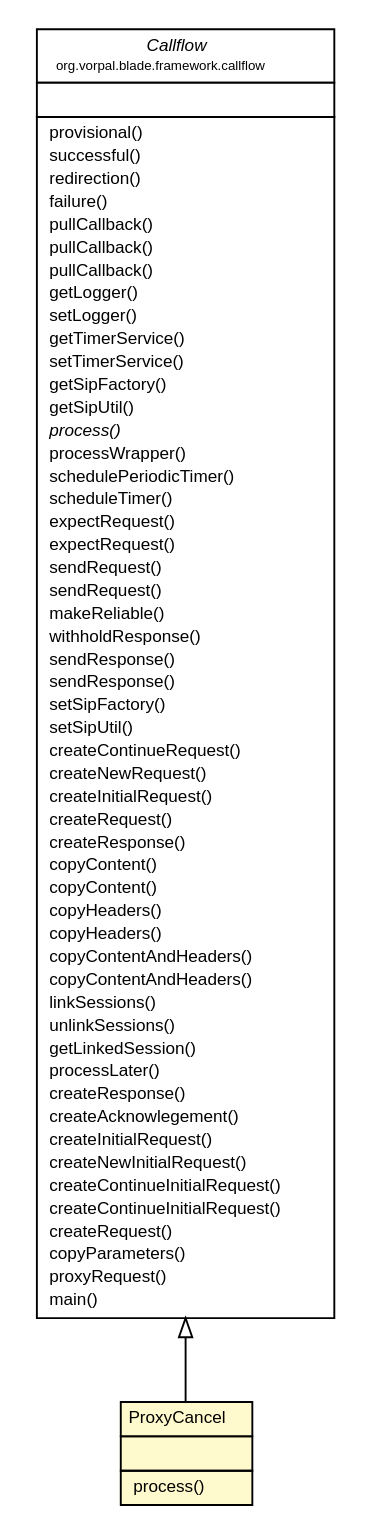
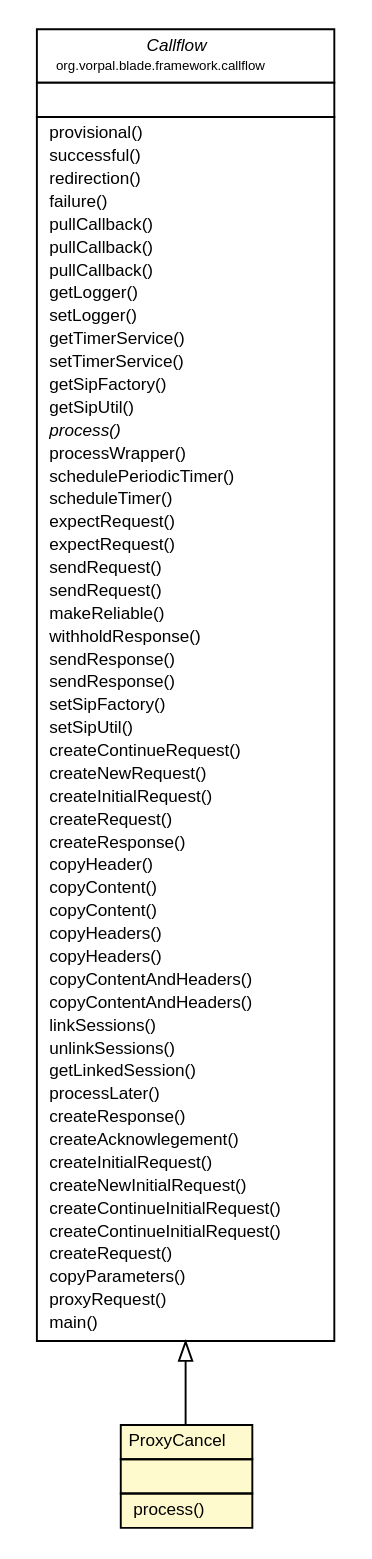
The diagram in blade/vorpal-blade-library-framework/org/vorpal/blade/framework/deprecated/proxy/ProxyCancel.dot (vorpalnet/vorpalnet.github.io), drawn with Graphviz before and after one commit. The commit also changed 915 other files, not shown here.

```diff
--- a/blade/vorpal-blade-library-framework/org/vorpal/blade/framework/deprecated/proxy/ProxyCancel.dot
+++ b/blade/vorpal-blade-library-framework/org/vorpal/blade/framework/deprecated/proxy/ProxyCancel.dot
@@ -1,90 +1,91 @@
 #!/usr/local/bin/dot
 #
 # Class diagram 
 # Generated by UMLGraph version 5.2 (http://www.umlgraph.org/)
 #
 
 digraph G {
 	edge [fontname="Helvetica",fontsize=10,labelfontname="Helvetica",labelfontsize=10];
 	node [fontname="Helvetica",fontsize=10,shape=plaintext];
 	nodesep=0.25;
 	ranksep=0.5;
 	// org.vorpal.blade.framework.callflow.Callflow
-	c3659 [label=<<table title="org.vorpal.blade.framework.callflow.Callflow" border="0" cellborder="1" cellspacing="0" cellpadding="2" port="p" href="../../callflow/Callflow.html">
+	c3713 [label=<<table title="org.vorpal.blade.framework.callflow.Callflow" border="0" cellborder="1" cellspacing="0" cellpadding="2" port="p" href="../../callflow/Callflow.html">
 		<tr><td><table border="0" cellspacing="0" cellpadding="1">
 <tr><td align="center" balign="center"><font face="Helvetica-Oblique"> Callflow </font></td></tr>
 <tr><td align="center" balign="center"><font point-size="7.0"> org.vorpal.blade.framework.callflow </font></td></tr>
 		</table></td></tr>
 		<tr><td><table border="0" cellspacing="0" cellpadding="1">
 <tr><td align="left" balign="left">  </td></tr>
 		</table></td></tr>
 		<tr><td><table border="0" cellspacing="0" cellpadding="1">
 <tr><td align="left" balign="left">  provisional() </td></tr>
 <tr><td align="left" balign="left">  successful() </td></tr>
 <tr><td align="left" balign="left">  redirection() </td></tr>
 <tr><td align="left" balign="left">  failure() </td></tr>
 <tr><td align="left" balign="left">  pullCallback() </td></tr>
 <tr><td align="left" balign="left">  pullCallback() </td></tr>
 <tr><td align="left" balign="left">  pullCallback() </td></tr>
 <tr><td align="left" balign="left">  getLogger() </td></tr>
 <tr><td align="left" balign="left">  setLogger() </td></tr>
 <tr><td align="left" balign="left">  getTimerService() </td></tr>
 <tr><td align="left" balign="left">  setTimerService() </td></tr>
 <tr><td align="left" balign="left">  getSipFactory() </td></tr>
 <tr><td align="left" balign="left">  getSipUtil() </td></tr>
 <tr><td align="left" balign="left"><font face="Helvetica-Oblique" point-size="9.0">  process() </font></td></tr>
 <tr><td align="left" balign="left">  processWrapper() </td></tr>
 <tr><td align="left" balign="left">  schedulePeriodicTimer() </td></tr>
 <tr><td align="left" balign="left">  scheduleTimer() </td></tr>
 <tr><td align="left" balign="left">  expectRequest() </td></tr>
 <tr><td align="left" balign="left">  expectRequest() </td></tr>
 <tr><td align="left" balign="left">  sendRequest() </td></tr>
 <tr><td align="left" balign="left">  sendRequest() </td></tr>
 <tr><td align="left" balign="left">  makeReliable() </td></tr>
 <tr><td align="left" balign="left">  withholdResponse() </td></tr>
 <tr><td align="left" balign="left">  sendResponse() </td></tr>
 <tr><td align="left" balign="left">  sendResponse() </td></tr>
 <tr><td align="left" balign="left">  setSipFactory() </td></tr>
 <tr><td align="left" balign="left">  setSipUtil() </td></tr>
 <tr><td align="left" balign="left">  createContinueRequest() </td></tr>
 <tr><td align="left" balign="left">  createNewRequest() </td></tr>
 <tr><td align="left" balign="left">  createInitialRequest() </td></tr>
 <tr><td align="left" balign="left">  createRequest() </td></tr>
 <tr><td align="left" balign="left">  createResponse() </td></tr>
+<tr><td align="left" balign="left">  copyHeader() </td></tr>
 <tr><td align="left" balign="left">  copyContent() </td></tr>
 <tr><td align="left" balign="left">  copyContent() </td></tr>
 <tr><td align="left" balign="left">  copyHeaders() </td></tr>
 <tr><td align="left" balign="left">  copyHeaders() </td></tr>
 <tr><td align="left" balign="left">  copyContentAndHeaders() </td></tr>
 <tr><td align="left" balign="left">  copyContentAndHeaders() </td></tr>
 <tr><td align="left" balign="left">  linkSessions() </td></tr>
 <tr><td align="left" balign="left">  unlinkSessions() </td></tr>
 <tr><td align="left" balign="left">  getLinkedSession() </td></tr>
 <tr><td align="left" balign="left">  processLater() </td></tr>
 <tr><td align="left" balign="left">  createResponse() </td></tr>
 <tr><td align="left" balign="left">  createAcknowlegement() </td></tr>
 <tr><td align="left" balign="left">  createInitialRequest() </td></tr>
 <tr><td align="left" balign="left">  createNewInitialRequest() </td></tr>
 <tr><td align="left" balign="left">  createContinueInitialRequest() </td></tr>
 <tr><td align="left" balign="left">  createContinueInitialRequest() </td></tr>
 <tr><td align="left" balign="left">  createRequest() </td></tr>
 <tr><td align="left" balign="left">  copyParameters() </td></tr>
 <tr><td align="left" balign="left">  proxyRequest() </td></tr>
 <tr><td align="left" balign="left">  main() </td></tr>
 		</table></td></tr>
 		</table>>, fontname="Helvetica", fontcolor="black", fontsize=9.0];
 	// org.vorpal.blade.framework.deprecated.proxy.ProxyCancel
-	c3695 [label=<<table title="org.vorpal.blade.framework.deprecated.proxy.ProxyCancel" border="0" cellborder="1" cellspacing="0" cellpadding="2" port="p" bgcolor="lemonChiffon" href="./ProxyCancel.html">
+	c3749 [label=<<table title="org.vorpal.blade.framework.deprecated.proxy.ProxyCancel" border="0" cellborder="1" cellspacing="0" cellpadding="2" port="p" bgcolor="lemonChiffon" href="./ProxyCancel.html">
 		<tr><td><table border="0" cellspacing="0" cellpadding="1">
 <tr><td align="center" balign="center"> ProxyCancel </td></tr>
 		</table></td></tr>
 		<tr><td><table border="0" cellspacing="0" cellpadding="1">
 <tr><td align="left" balign="left">  </td></tr>
 		</table></td></tr>
 		<tr><td><table border="0" cellspacing="0" cellpadding="1">
 <tr><td align="left" balign="left">  process() </td></tr>
 		</table></td></tr>
 		</table>>, fontname="Helvetica", fontcolor="black", fontsize=9.0];
 	//org.vorpal.blade.framework.deprecated.proxy.ProxyCancel extends org.vorpal.blade.framework.callflow.Callflow
-	c3659:p -> c3695:p [dir=back,arrowtail=empty];
+	c3713:p -> c3749:p [dir=back,arrowtail=empty];
 }
```
